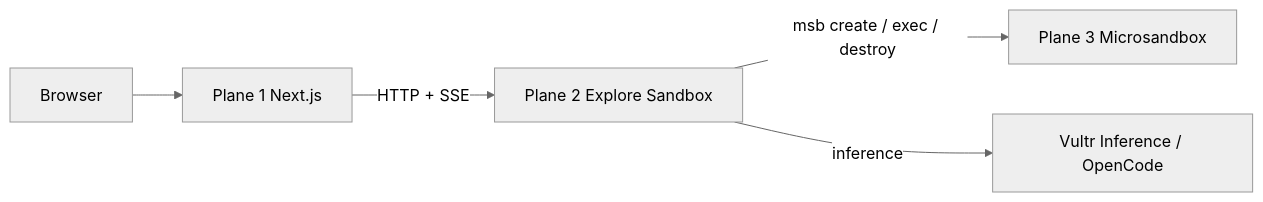
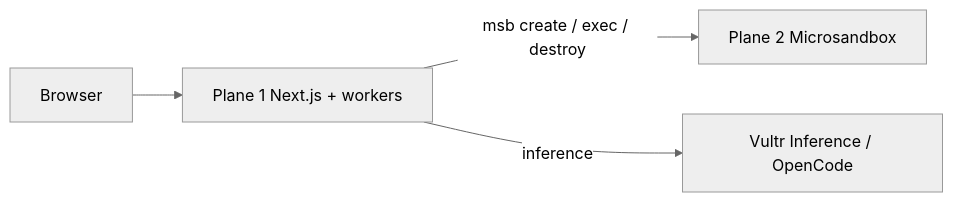
One commit to ludvigodin/killhub changed the diagram in API.md. Above: the diagram before and after it, drawn with Mermaid (neutral theme). The commit also changed other lines of this file and 10 other files, not shown here.

````diff
--- a/API.md
+++ b/API.md
@@ -11,7 +11,6 @@
 ```mermaid
 flowchart LR
-  Browser --> Next["Plane 1 Next.js"]
-  Next -->|"HTTP + SSE"| Explore["Plane 2 Explore Sandbox"]
-  Explore -->|"msb create / exec / destroy"| VM["Plane 3 Microsandbox"]
-  Explore -->|"inference"| Inference["Vultr Inference / OpenCode"]
+  Browser --> Next["Plane 1 Next.js + workers"]
+  Next -->|"msb create / exec / destroy"| VM["Plane 2 Microsandbox"]
+  Next -->|"inference"| Inference["Vultr Inference / OpenCode"]
 ```
````
